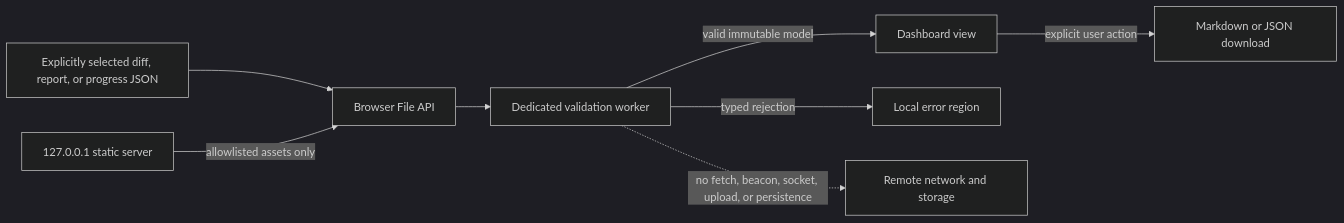
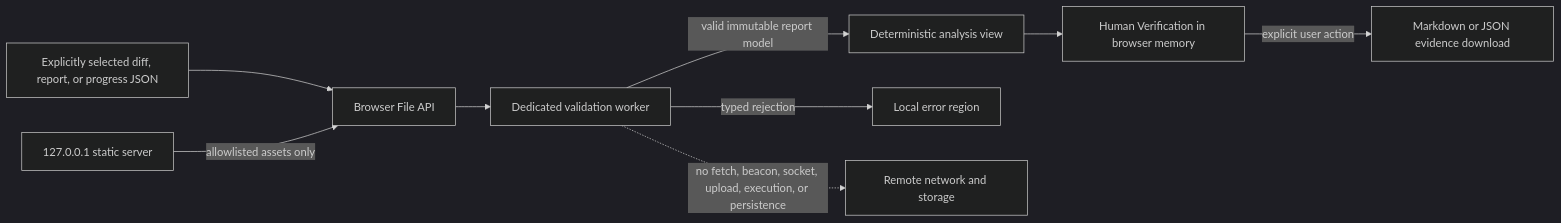
Before and after one commit to keepithandy/merge-guard: the diagram in docs/architecture/dashboard-architecture.md, drawn with Mermaid (dark theme). The commit also changed other lines of this file, not shown here.

Commit message:
Document Human Verification architecture boundary

````diff
--- a/docs/architecture/dashboard-architecture.md
+++ b/docs/architecture/dashboard-architecture.md
@@ -15,10 +15,11 @@
 ```mermaid
 flowchart LR
   A[Explicitly selected diff, report, or progress JSON] --> B[Browser File API]
   B --> C[Dedicated validation worker]
-  C -->|valid immutable model| D[Dashboard view]
-  C -->|typed rejection| E[Local error region]
-  D -->|explicit user action| F[Markdown or JSON download]
-  G[127.0.0.1 static server] -->|allowlisted assets only| B
-  C -. no fetch, beacon, socket, upload, or persistence .-> H[Remote network and storage]
+  C -->|valid immutable report model| D[Deterministic analysis view]
+  D --> E[Human Verification in browser memory]
+  E -->|explicit user action| F[Markdown or JSON evidence download]
+  C -->|typed rejection| G[Local error region]
+  H[127.0.0.1 static server] -->|allowlisted assets only| B
+  C -. no fetch, beacon, socket, upload, execution, or persistence .-> I[Remote network and storage]
 ```
````
